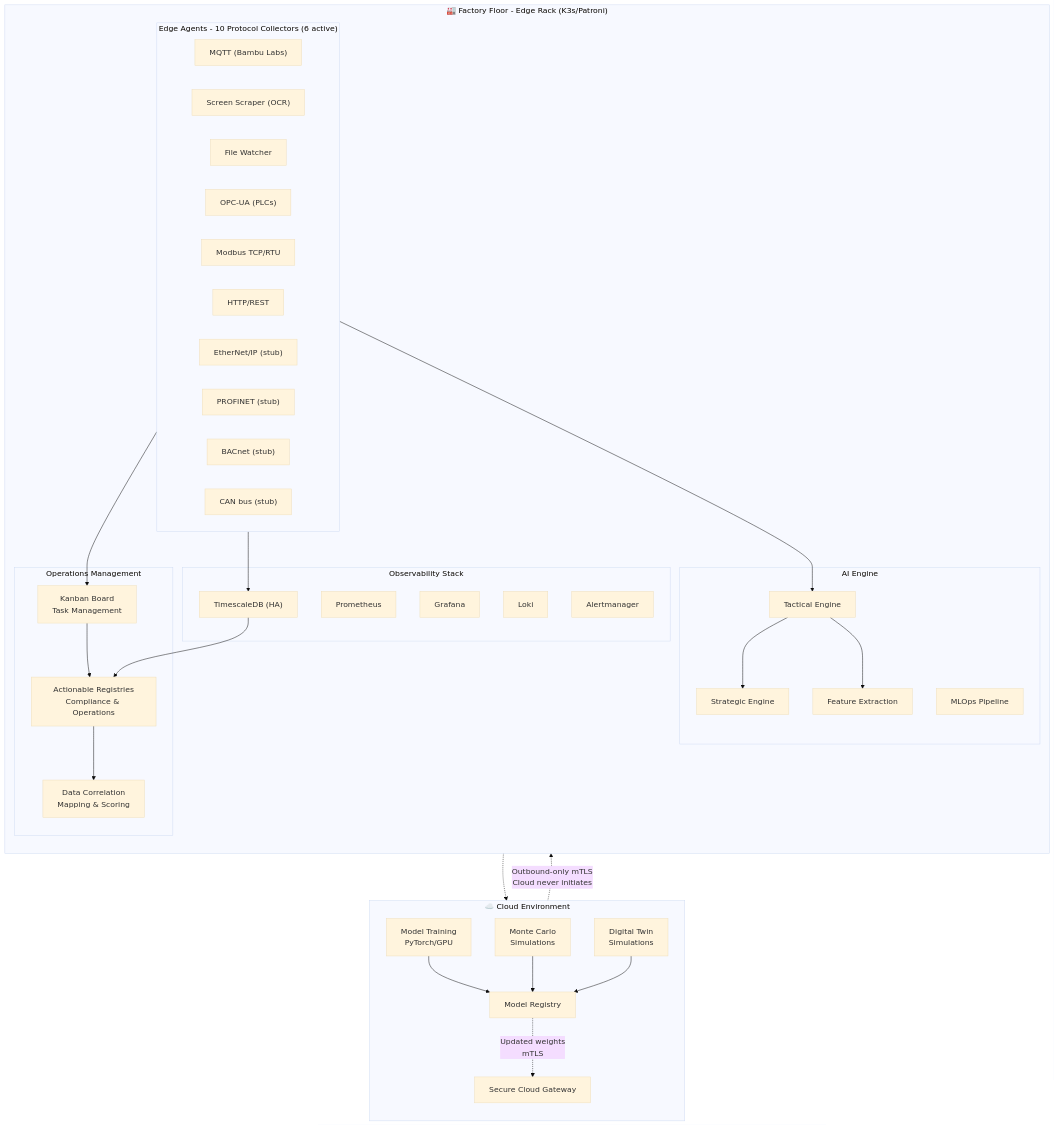
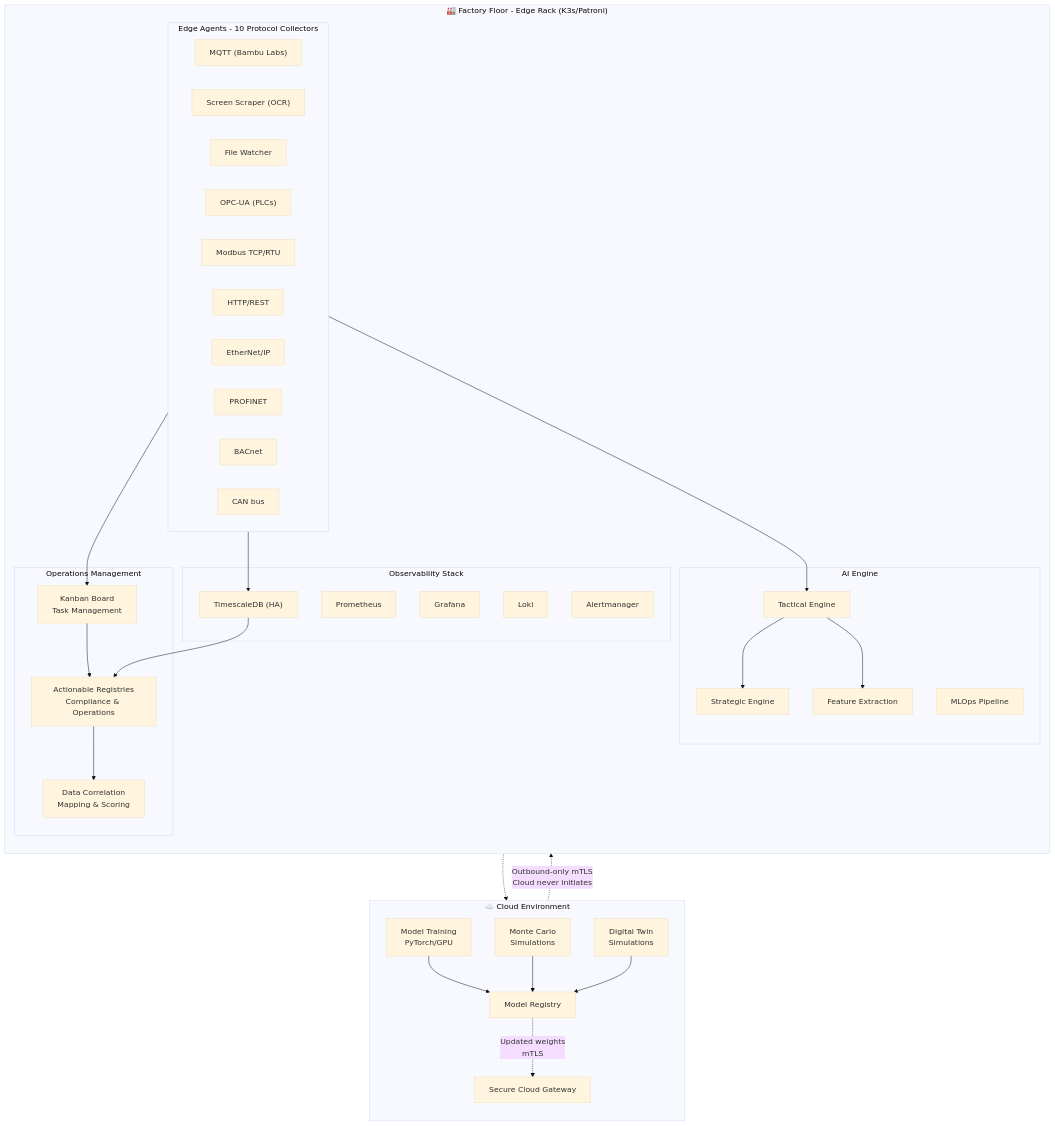
Before and after one commit to SoundSafe-Dev/OmniusGrid-X: the first of 3 diagrams in README.md, drawn with Mermaid (base theme). The commit also changed other lines of this file and 9 other files, not shown here.

First line of the commit message:
feat(edge): implement EtherNet/IP, PROFINET, BACnet, and CAN bus collectors

````diff
--- a/README.md
+++ b/README.md
@@ -44,64 +44,64 @@
 ```mermaid
 flowchart TB
     subgraph CLOUD["☁️ Cloud Environment"]
         direction TB
         MT["Model Training<br/>PyTorch/GPU"]
         MC["Monte Carlo<br/>Simulations"]
         DT["Digital Twin<br/>Simulations"]
         MR["Model Registry"]
         CG["Secure Cloud Gateway"]
         MT --> MR
         MC --> MR
         DT --> MR
     end
 
     MR -. "Updated weights<br/>mTLS" .-> CG
 
     subgraph EDGE["🏭 Factory Floor - Edge Rack (K3s/Patroni)"]
         direction TB
         subgraph OBS["Observability Stack"]
             PROM["Prometheus"]
             GRAF["Grafana"]
             LOKI["Loki"]
             ALERT["Alertmanager"]
             TSDB["TimescaleDB (HA)"]
         end
 
         subgraph AI["AI Engine"]
             TACT["Tactical Engine"]
             STRAT["Strategic Engine"]
             MLOPS["MLOps Pipeline"]
             FEAT["Feature Extraction"]
         end
 
-        subgraph AGENTS["Edge Agents - 10 Protocol Collectors (6 active)"]
+        subgraph AGENTS["Edge Agents - 10 Protocol Collectors"]
             MQTT["MQTT (Bambu Labs)"]
             SCRAPER["Screen Scraper (OCR)"]
             FILE["File Watcher"]
             OPC["OPC-UA (PLCs)"]
             MODBUS["Modbus TCP/RTU"]
             HTTP["HTTP/REST"]
-            EIP["EtherNet/IP (stub)"]
-            PROFI["PROFINET (stub)"]
-            BACNET["BACnet (stub)"]
-            CANBUS["CAN bus (stub)"]
+            EIP["EtherNet/IP"]
+            PROFI["PROFINET"]
+            BACNET["BACnet"]
+            CANBUS["CAN bus"]
         end
 
         subgraph OPS["Operations Management"]
             KANBAN["Kanban Board<br/>Task Management"]
             REG["Actionable Registries<br/>Compliance & Operations"]
             CORR["Data Correlation<br/>Mapping & Scoring"]
         end
     end
 
     CG -. "Outbound-only mTLS<br/>Cloud never initiates" .-> EDGE
     AGENTS --> TACT
     AGENTS --> TSDB
     AGENTS --> KANBAN
     TACT --> STRAT
     TACT --> FEAT
     FEAT -.-> CG
     KANBAN --> REG
     REG --> CORR
     TSDB --> REG
 ```
````
